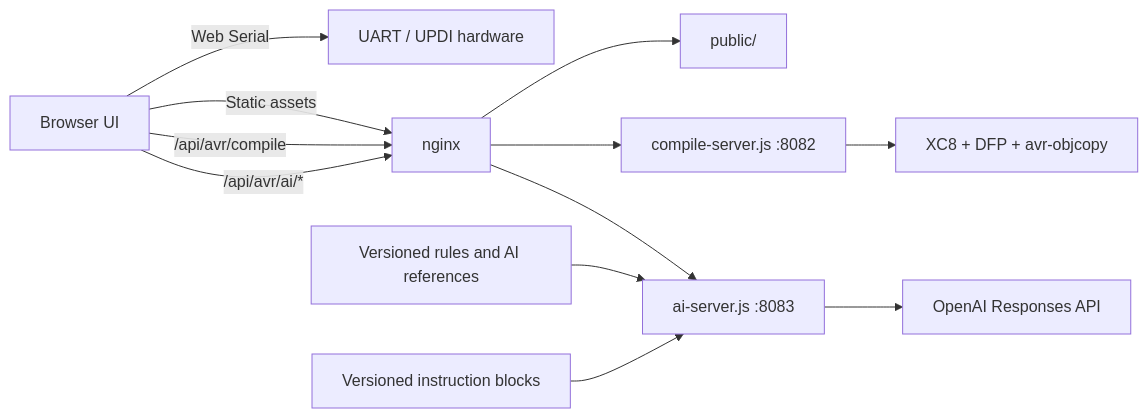
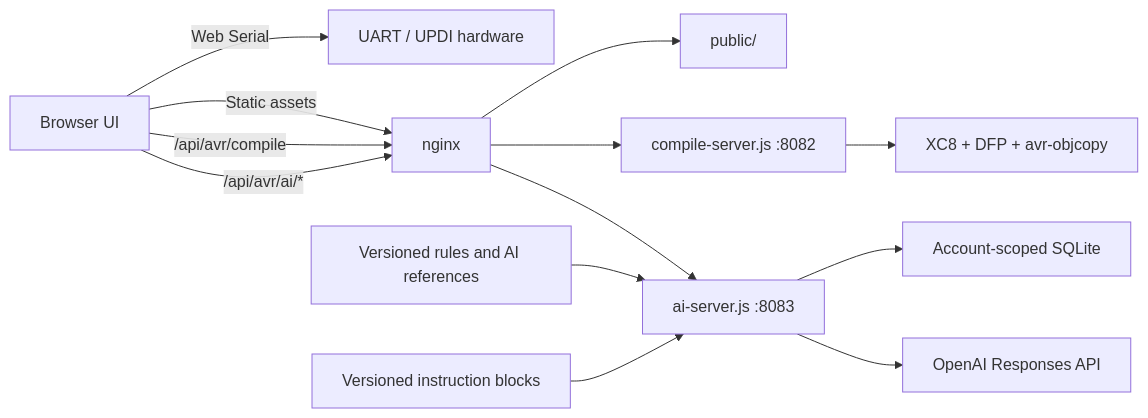
The diagram in README.md (K1LLERV1PV2/uartdebug), drawn with Mermaid before and after one commit. The commit also changed other lines of this file and 19 other files, not shown here.

````diff
--- a/README.md
+++ b/README.md
@@ -70,14 +84,15 @@
 ```mermaid
 flowchart LR
   Browser[Browser UI] -->|Web Serial| Hardware[UART / UPDI hardware]
   Browser -->|Static assets| Nginx[nginx]
   Browser -->|/api/avr/compile| Nginx
   Browser -->|/api/avr/ai/*| Nginx
   Nginx --> Static[public/]
   Nginx --> Compiler[compile-server.js :8082]
   Compiler --> Toolchain[XC8 + DFP + avr-objcopy]
   Nginx --> AI[ai-server.js :8083]
   Rules[Versioned rules and AI references] --> AI
   Skills[Versioned instruction blocks] --> AI
+  AI --> AccessDB[Account-scoped SQLite]
   AI --> OpenAI[OpenAI Responses API]
 ```
````
